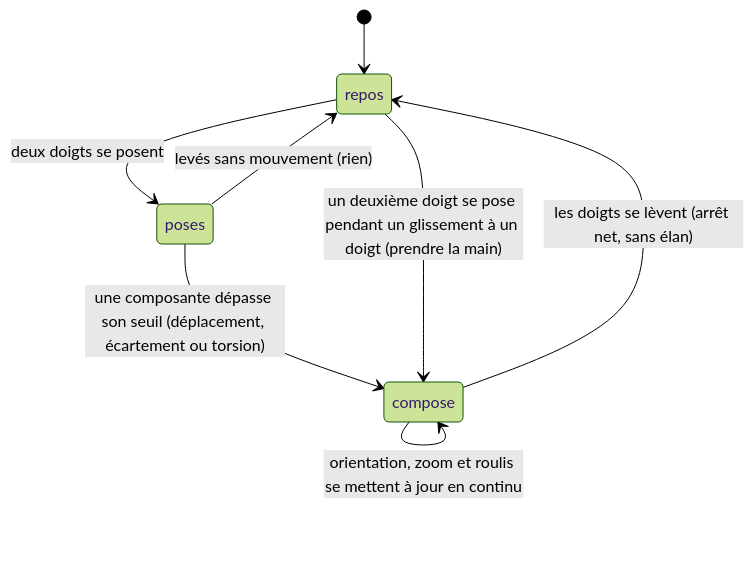
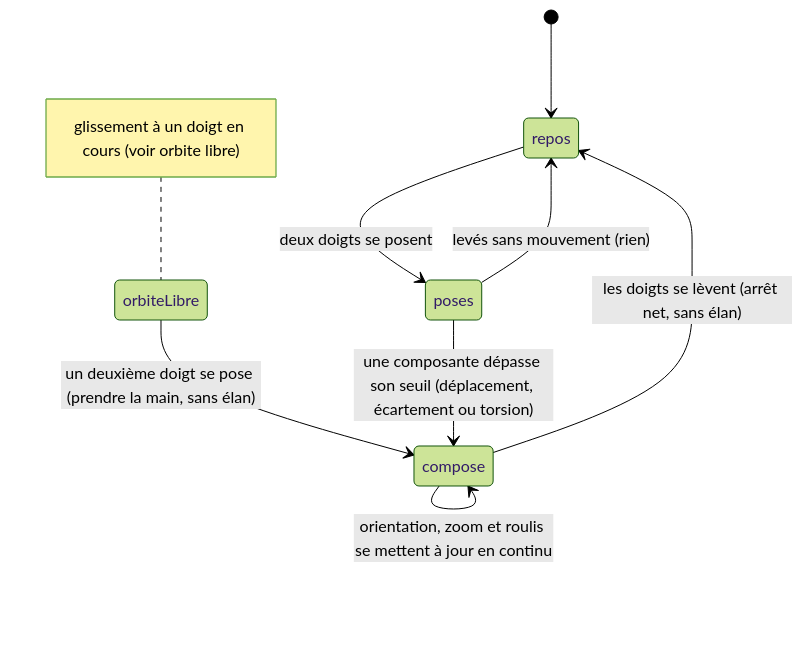
Before and after one commit to francoischay/solar-system-: the diagram in docs/product-description/camera/geste-compose.md, drawn with Mermaid (forest theme). The commit also changed other lines of this file and 5 other files, not shown here.

Commit message:
docs: add camera/geste-compose.md; revise glossary and gestes-et-camera (fenêtre anti-élan 0,5 s)

````diff
--- a/docs/product-description/camera/geste-compose.md
+++ b/docs/product-description/camera/geste-compose.md
@@ -19,10 +21,11 @@
 ```mermaid
 stateDiagram-v2
     [*] --> repos
     repos --> poses : deux doigts se posent
     poses --> repos : levés sans mouvement (rien)
     poses --> compose : une composante dépasse son seuil (déplacement, écartement ou torsion)
+    orbiteLibre --> compose : un deuxième doigt se pose (prendre la main, sans élan)
     compose --> compose : orientation, zoom et roulis se mettent à jour en continu
     compose --> repos : les doigts se lèvent (arrêt net, sans élan)
-    repos --> compose : un deuxième doigt se pose pendant un glissement à un doigt (prendre la main)
+    note left of orbiteLibre : glissement à un doigt en cours (voir orbite libre)
 ```
````
